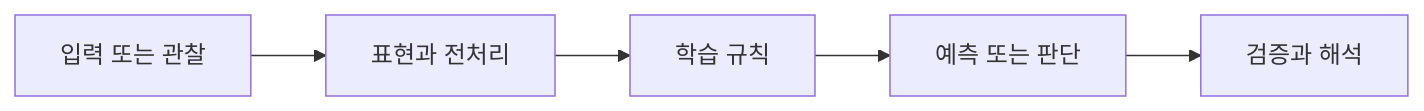
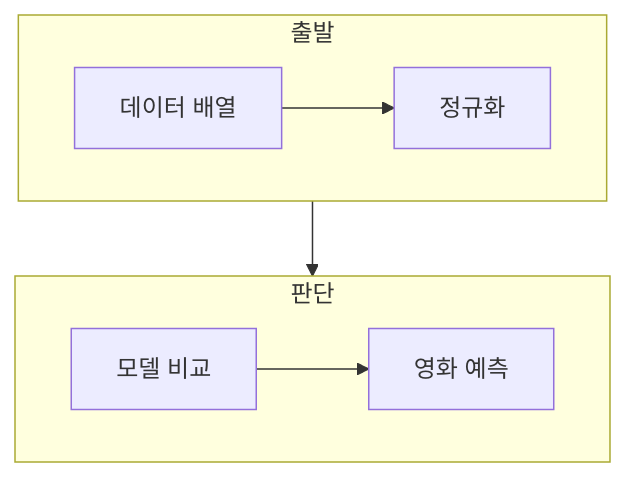
Before and after one commit to umyunsang/edu: the diagram in ComputerScience/03_ai-ml-data/machine-learning/notes/01. 머신러닝 대비 문제.md, drawn with Mermaid. The commit also changed other lines of this file and 8 other files, not shown here.

````diff
--- a/ComputerScience/03_ai-ml-data/machine-learning/notes/01. 머신러닝 대비 문제.md
+++ b/ComputerScience/03_ai-ml-data/machine-learning/notes/01. 머신러닝 대비 문제.md
@@ -24,7 +23,12 @@
 ```mermaid
-flowchart LR
-    A["입력 또는 관찰"] --> B["표현과 전처리"]
-    B --> C["학습 규칙"]
-    C --> D["예측 또는 판단"]
-    D --> E["검증과 해석"]
+flowchart TB
+    subgraph Input[출발]
+        direction LR
+        A[데이터 배열] --> B[정규화]
+    end
+    subgraph Decision[판단]
+        direction LR
+        C[모델 비교] --> D[영화 예측]
+    end
+    B --> C
 ```
````
